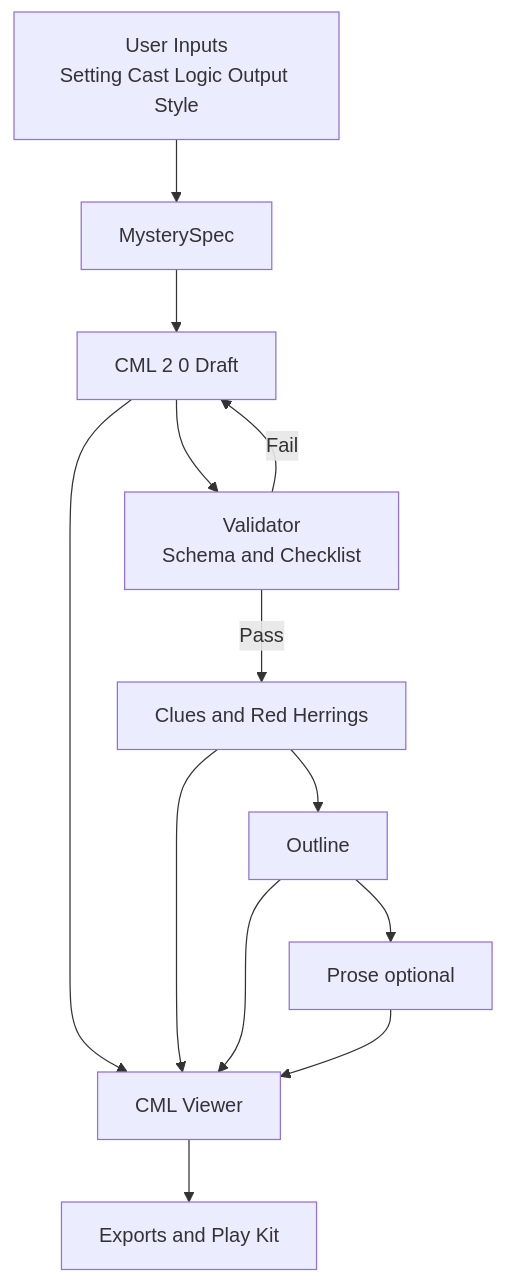
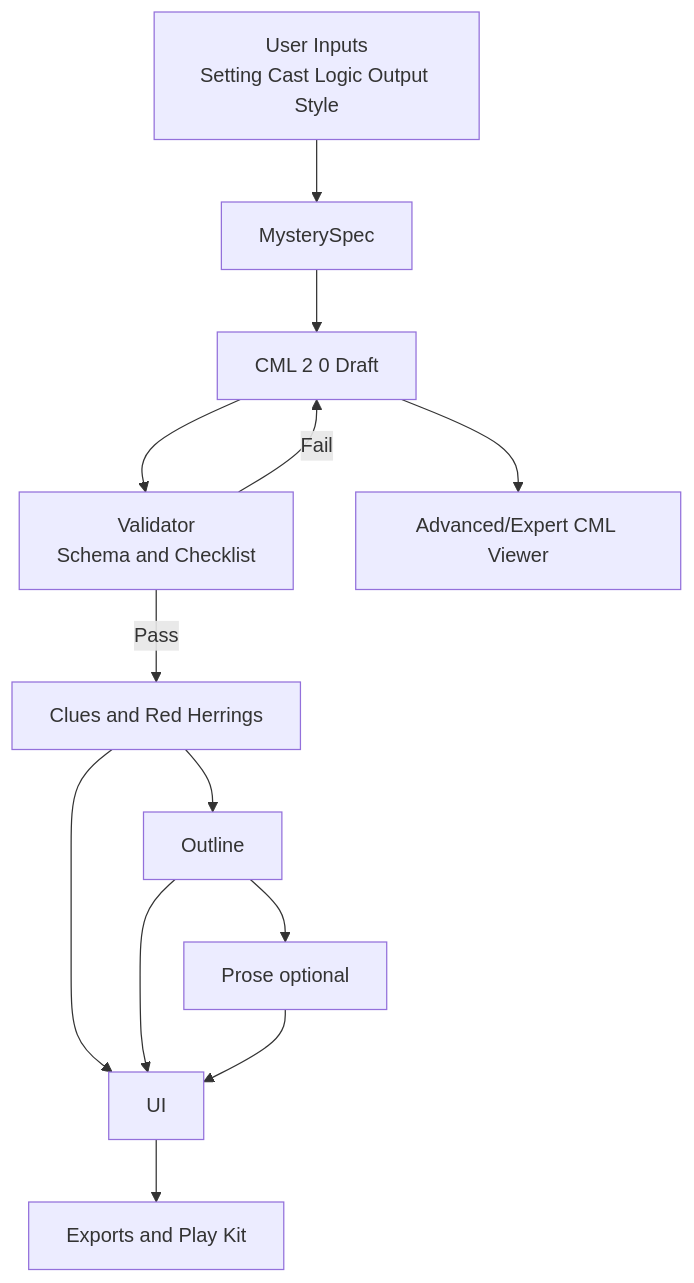
The first of 2 diagrams in multi_agent_whodunit_plan.md (andylelli/cml_01), drawn with Mermaid before and after one commit. The commit also changed other lines of this file and 7766 other files, not shown here.

````diff
--- a/multi_agent_whodunit_plan.md
+++ b/multi_agent_whodunit_plan.md
@@ -445,15 +589,15 @@
 ```mermaid
 flowchart TD
   U["User Inputs<br/>Setting Cast Logic Output Style"] --> S[MysterySpec]
   S --> CML["CML 2 0 Draft"]
   CML --> V["Validator<br/>Schema and Checklist"]
   V -->|Pass| CL["Clues and Red Herrings"]
   V -->|Fail| CML
   CL --> O[Outline]
   O --> P["Prose optional"]
-  CML --> UI["CML Viewer"]
+  CML --> ADV["Advanced/Expert CML Viewer"]
   CL --> UI
   O --> UI
   P --> UI
   UI --> E["Exports and Play Kit"]
 ```
````
